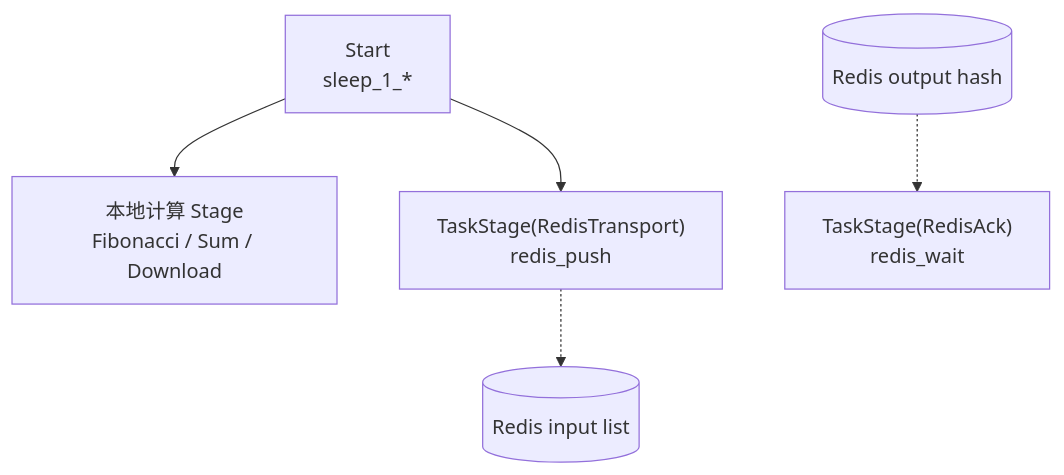
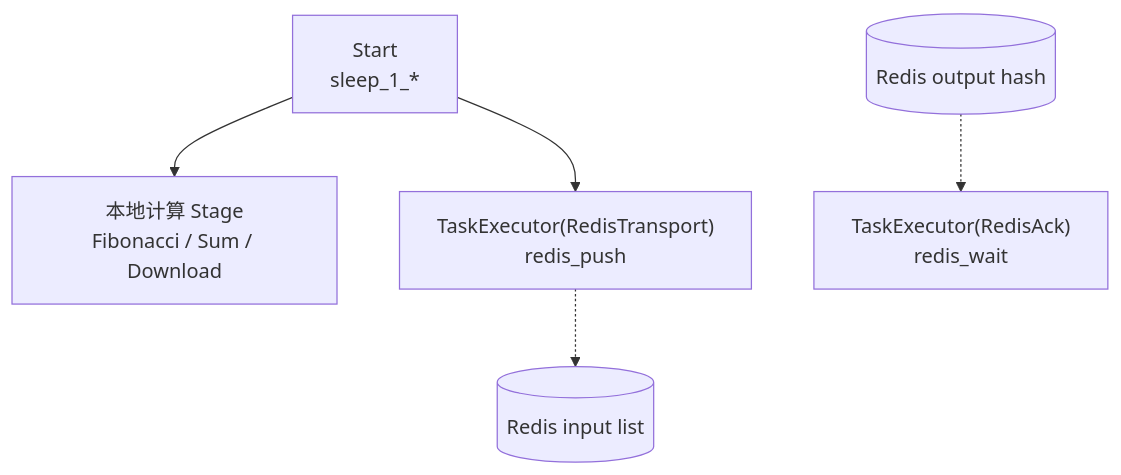
The third of 4 diagrams in docs/zh-CN/demo/demo_redis.md (Mr-xiaotian/CelestialFlow), drawn with Mermaid before and after one commit. The commit also changed other lines of this file and 80 other files, not shown here.

````diff
--- a/docs/zh-CN/demo/demo_redis.md
+++ b/docs/zh-CN/demo/demo_redis.md
@@ -220,7 +220,7 @@
 ```mermaid
 flowchart TB
     Start["Start<br/>sleep_1_*"] --> Local["本地计算 Stage<br/>Fibonacci / Sum / Download"]
-    Start --> Transport["TaskStage(RedisTransport)<br/>redis_push"]
+    Start --> Transport["TaskExecutor(RedisTransport)<br/>redis_push"]
     Transport -.-> RedisIn[(Redis input list)]
-    RedisOut[(Redis output hash)] -.-> Ack["TaskStage(RedisAck)<br/>redis_wait"]
+    RedisOut[(Redis output hash)] -.-> Ack["TaskExecutor(RedisAck)<br/>redis_wait"]
 ```
````
